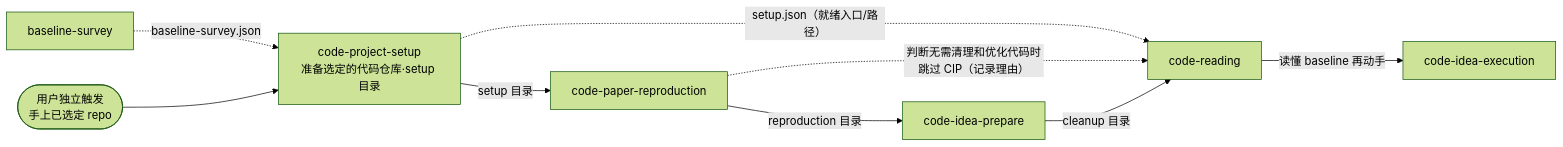
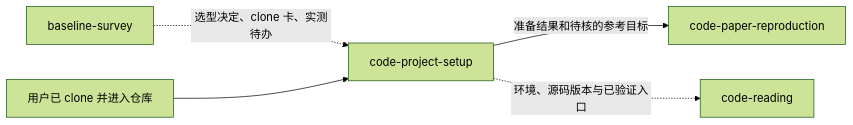
One commit to jackwang0108/dl-assistant changed the first of 2 diagrams in plugins/dl-assistant/skills/code-project-setup/SKILL.md. Above: the diagram before and after it, drawn with Mermaid (forest theme). The commit also changed other lines of this file and 14 other files, not shown here.

Commit message:
Improve project setup and long-running task handoff

````diff
--- a/plugins/dl-assistant/skills/code-project-setup/SKILL.md
+++ b/plugins/dl-assistant/skills/code-project-setup/SKILL.md
@@ -57,12 +14,7 @@
 ```mermaid
 flowchart LR
-    BS[baseline-survey] -.->|baseline-survey.json| CPS
-    USER(["用户独立触发<br/>手上已选定 repo"]) --> CPS
-    CPS["code-project-setup<br/>准备选定的代码仓库·setup 目录"]
-    CPS -->|setup 目录| CPR[code-paper-reproduction]
-    CPS -.->|setup.json（就绪入口/路径）| CR
-    CPR -->|reproduction 目录| CIP[code-idea-prepare]
-    CPR -.->|判断无需清理和优化代码时跳过 CIP（记录理由）| CR
-    CIP -->|cleanup 目录| CR[code-reading]
-    CR -->|读懂 baseline 再动手| EX[code-idea-execution]
+    BS["baseline-survey"] -.->|"选型决定、clone 卡、实测待办"| CPS["code-project-setup"]
+    USER["用户已 clone 并进入仓库"] --> CPS
+    CPS -->|"准备结果和待核的参考目标"| CPR["code-paper-reproduction"]
+    CPS -.->|"环境、源码版本与已验证入口"| CR["code-reading"]
 ```
````
